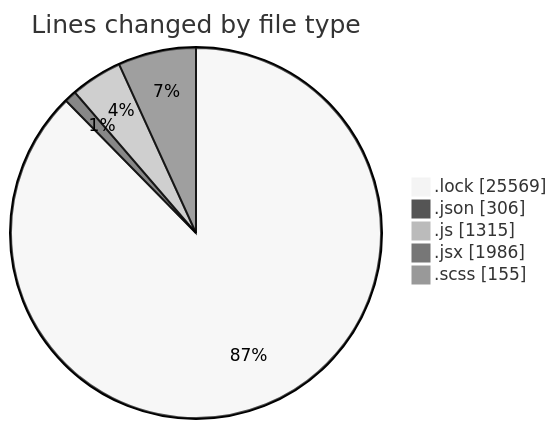
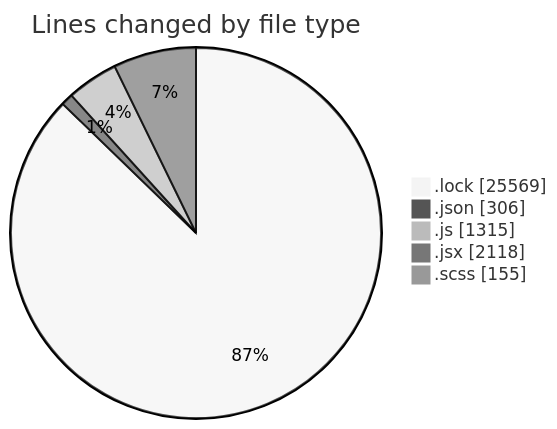
The first of 2 diagrams in 2026-01-07/cda/README.md (momahboobian/code-tracking), drawn with Mermaid (neutral theme) before and after one commit. The commit also changed other lines of this file and 1 other file, not shown here.

````diff
--- a/2026-01-07/cda/README.md
+++ b/2026-01-07/cda/README.md
@@ -46,9 +47,9 @@
 ```mermaid
 pie showData
 title Lines changed by file type
 ".lock" : 25569
 ".json" : 306
 ".js" : 1315
-".jsx" : 1986
+".jsx" : 2118
 ".scss" : 155
 ```
````
